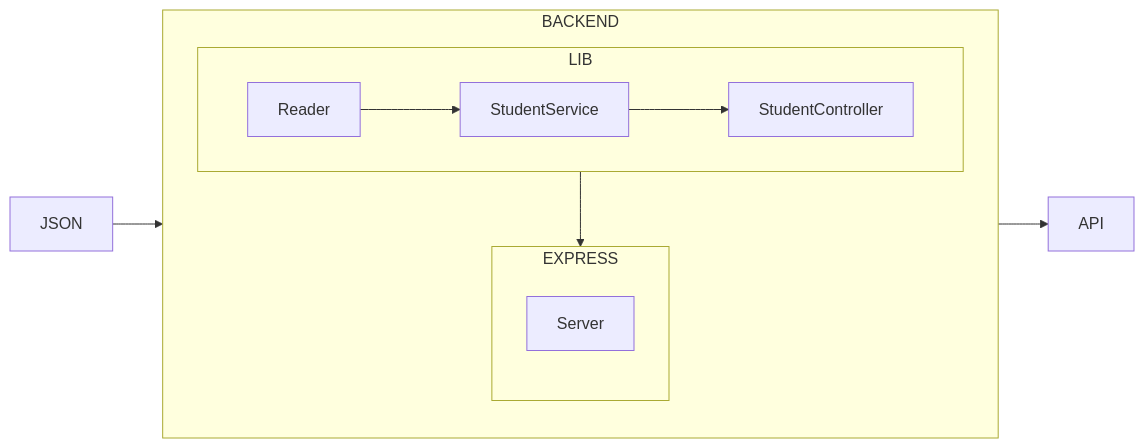
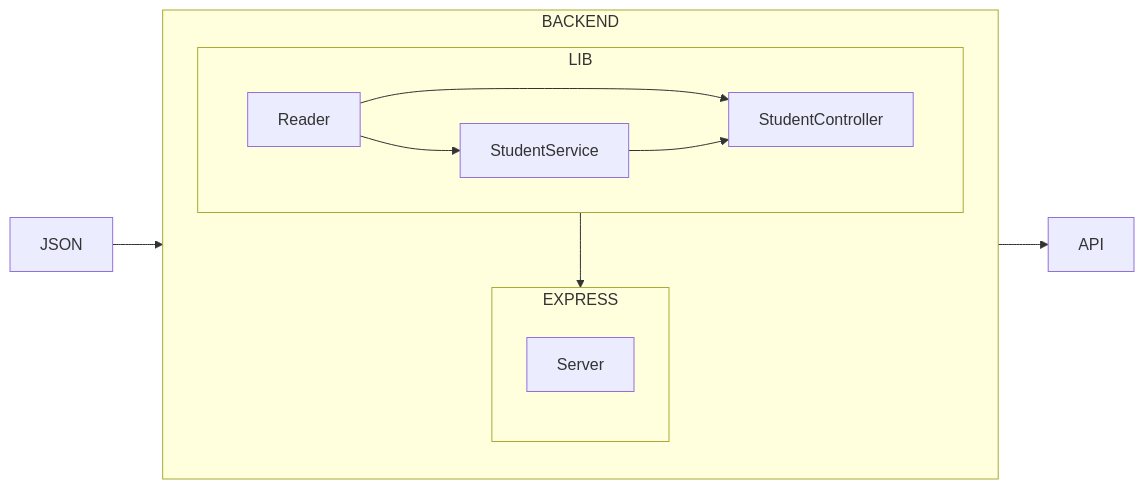
One commit to brandonruizmora/code_challenge changed the diagram in README.md. Above: the diagram before and after it, drawn with Mermaid.

````diff
--- a/README.md
+++ b/README.md
@@ -14,16 +14,18 @@
 ```mermaid
 flowchart LR
   subgraph BACKEND
     direction TB
     subgraph LIB
         direction LR
-        A[Reader] --> B[StudentService] --> C[StudentController]
+        A[Reader] --> C[StudentController]
+        A[Reader] --> B[StudentService]
+        B[StudentService] --> C[StudentController]
     end
     subgraph EXPRESS
         direction TB
         D[Server]
     end
   end
   JSON --> BACKEND --> API
   LIB --> EXPRESS
   ```
````
